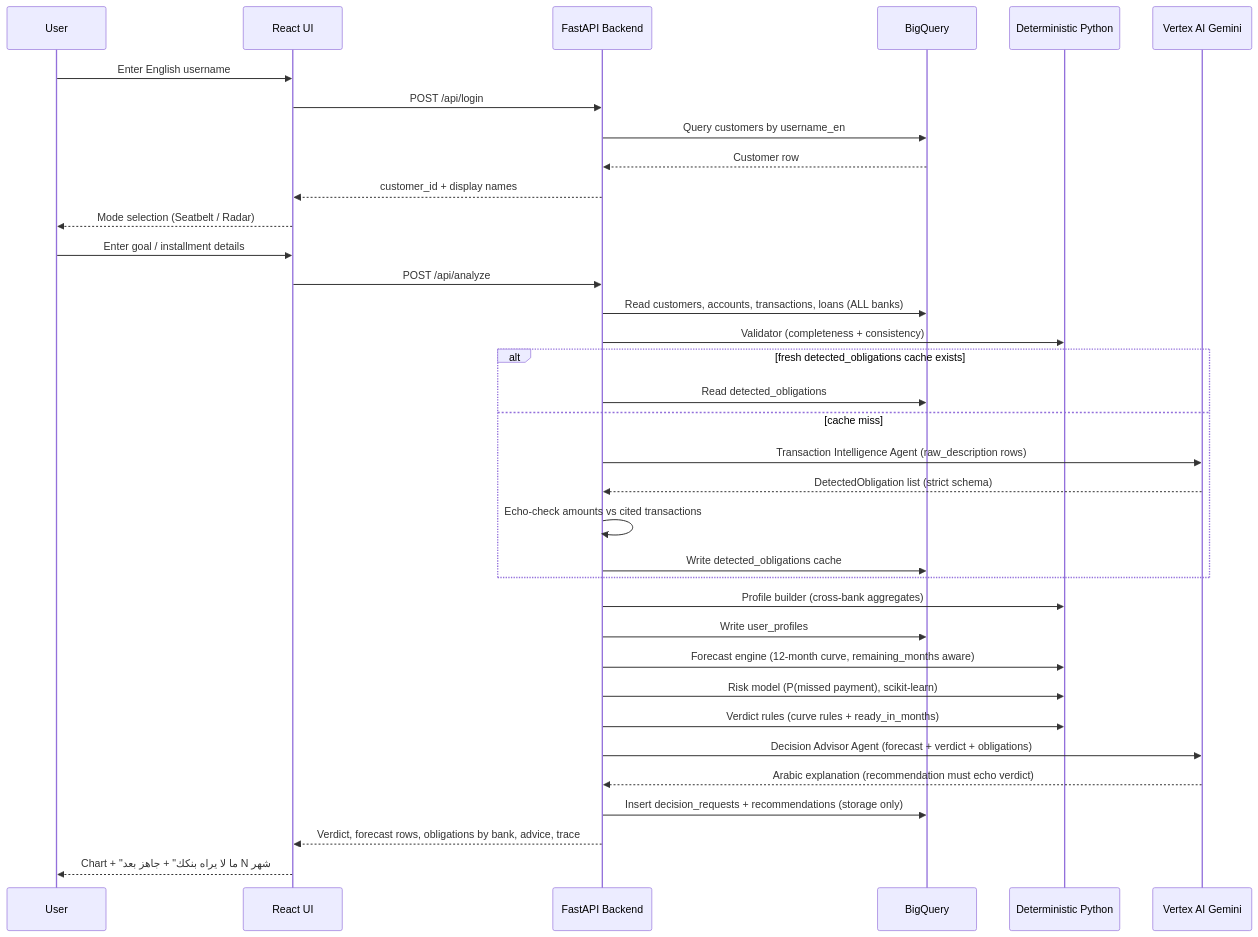
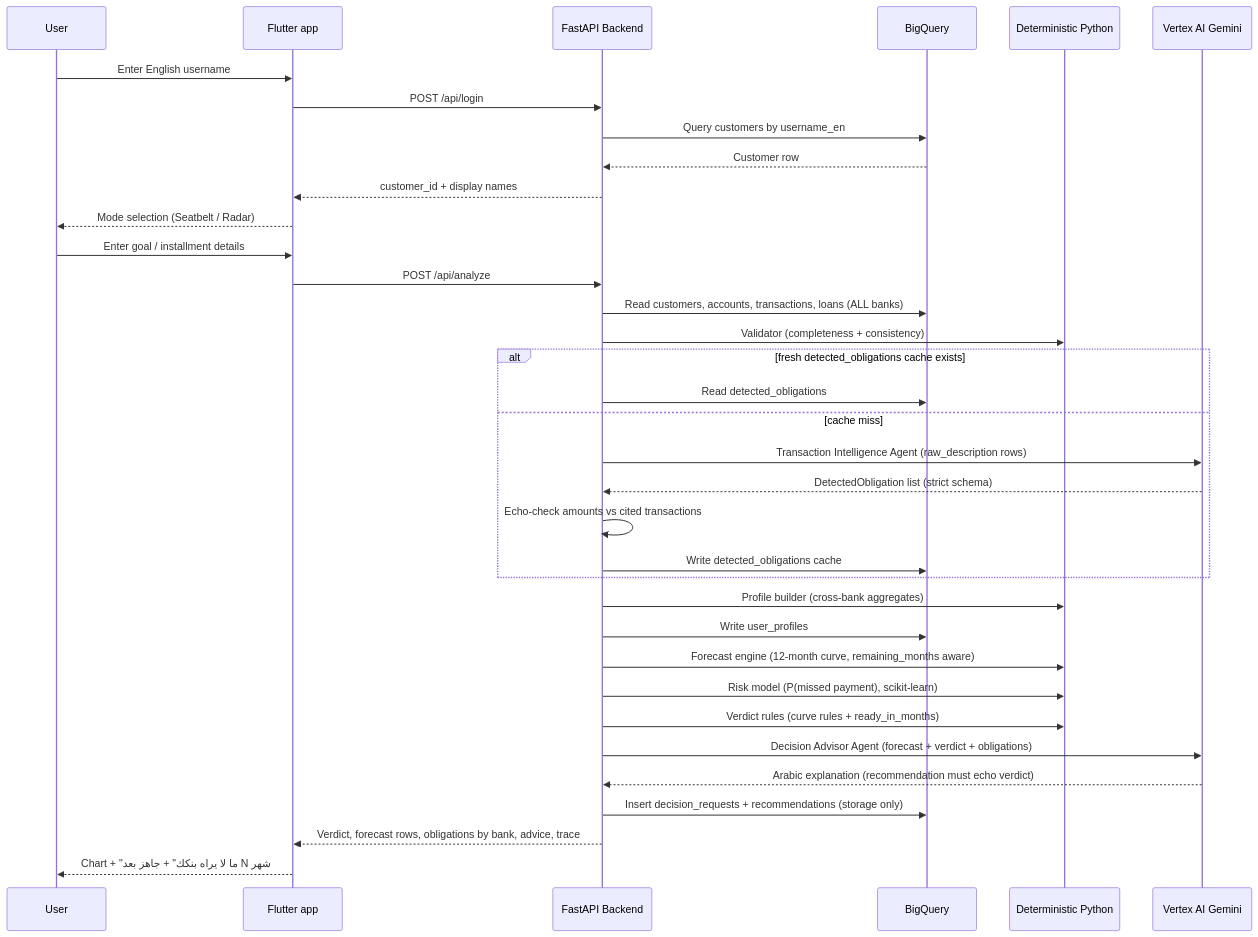
The first of 2 diagrams in User-Workflow.md (krrizzer/edraak), drawn with Mermaid before and after one commit. The commit also changed other lines of this file and 65 other files, not shown here.

````diff
--- a/User-Workflow.md
+++ b/User-Workflow.md
@@ -5,44 +5,44 @@
 ```mermaid
 sequenceDiagram
     participant U as User
-    participant UI as React UI
+    participant UI as Flutter app
     participant API as FastAPI Backend
     participant BQ as BigQuery
     participant Det as Deterministic Python
     participant Gemini as Vertex AI Gemini
 
     U->>UI: Enter English username
     UI->>API: POST /api/login
     API->>BQ: Query customers by username_en
     BQ-->>API: Customer row
     API-->>UI: customer_id + display names
     UI-->>U: Mode selection (Seatbelt / Radar)
 
     U->>UI: Enter goal / installment details
     UI->>API: POST /api/analyze
 
     API->>BQ: Read customers, accounts, transactions, loans (ALL banks)
     API->>Det: Validator (completeness + consistency)
 
     alt fresh detected_obligations cache exists
         API->>BQ: Read detected_obligations
     else cache miss
         API->>Gemini: Transaction Intelligence Agent (raw_description rows)
         Gemini-->>API: DetectedObligation list (strict schema)
         API->>API: Echo-check amounts vs cited transactions
         API->>BQ: Write detected_obligations cache
     end
 
     API->>Det: Profile builder (cross-bank aggregates)
     API->>BQ: Write user_profiles
     API->>Det: Forecast engine (12-month curve, remaining_months aware)
     API->>Det: Risk model (P(missed payment), scikit-learn)
     API->>Det: Verdict rules (curve rules + ready_in_months)
 
     API->>Gemini: Decision Advisor Agent (forecast + verdict + obligations)
     Gemini-->>API: Arabic explanation (recommendation must echo verdict)
 
     API->>BQ: Insert decision_requests + recommendations (storage only)
     API-->>UI: Verdict, forecast rows, obligations by bank, advice, trace
     UI-->>U: Chart + "ما لا يراه بنكك" + جاهز بعد N شهر
 ```
````
